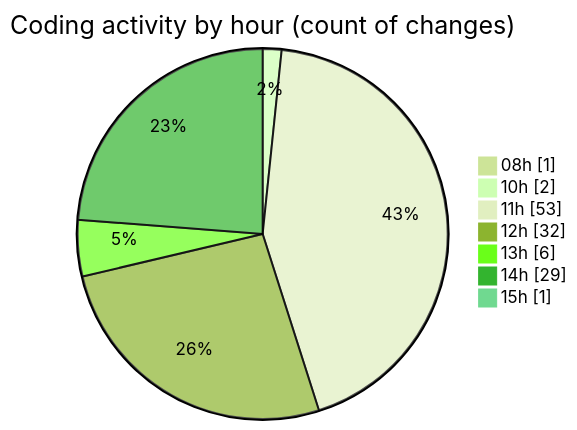
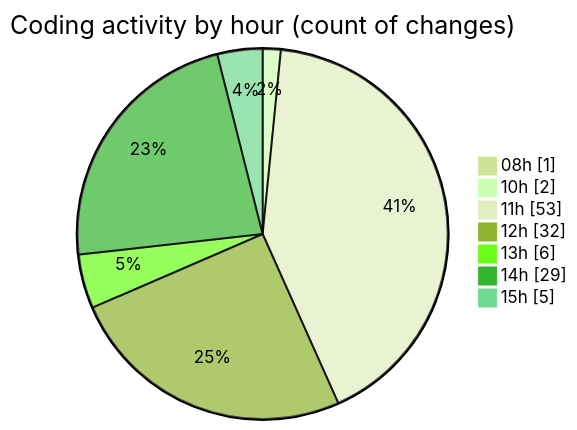
One commit to momahboobian/code-tracking changed the second of 2 diagrams in 2025-07-03/cda/README.md. Above: the diagram before and after it, drawn with Mermaid (forest theme). The commit also changed other lines of this file and 1 other file, not shown here.

````diff
--- a/2025-07-03/cda/README.md
+++ b/2025-07-03/cda/README.md
@@ -48,11 +48,11 @@
 ```mermaid
 pie showData
 title Coding activity by hour (count of changes)
 "08h" : 1
 "10h" : 2
 "11h" : 53
 "12h" : 32
 "13h" : 6
 "14h" : 29
-"15h" : 1
+"15h" : 5
 ```
````
